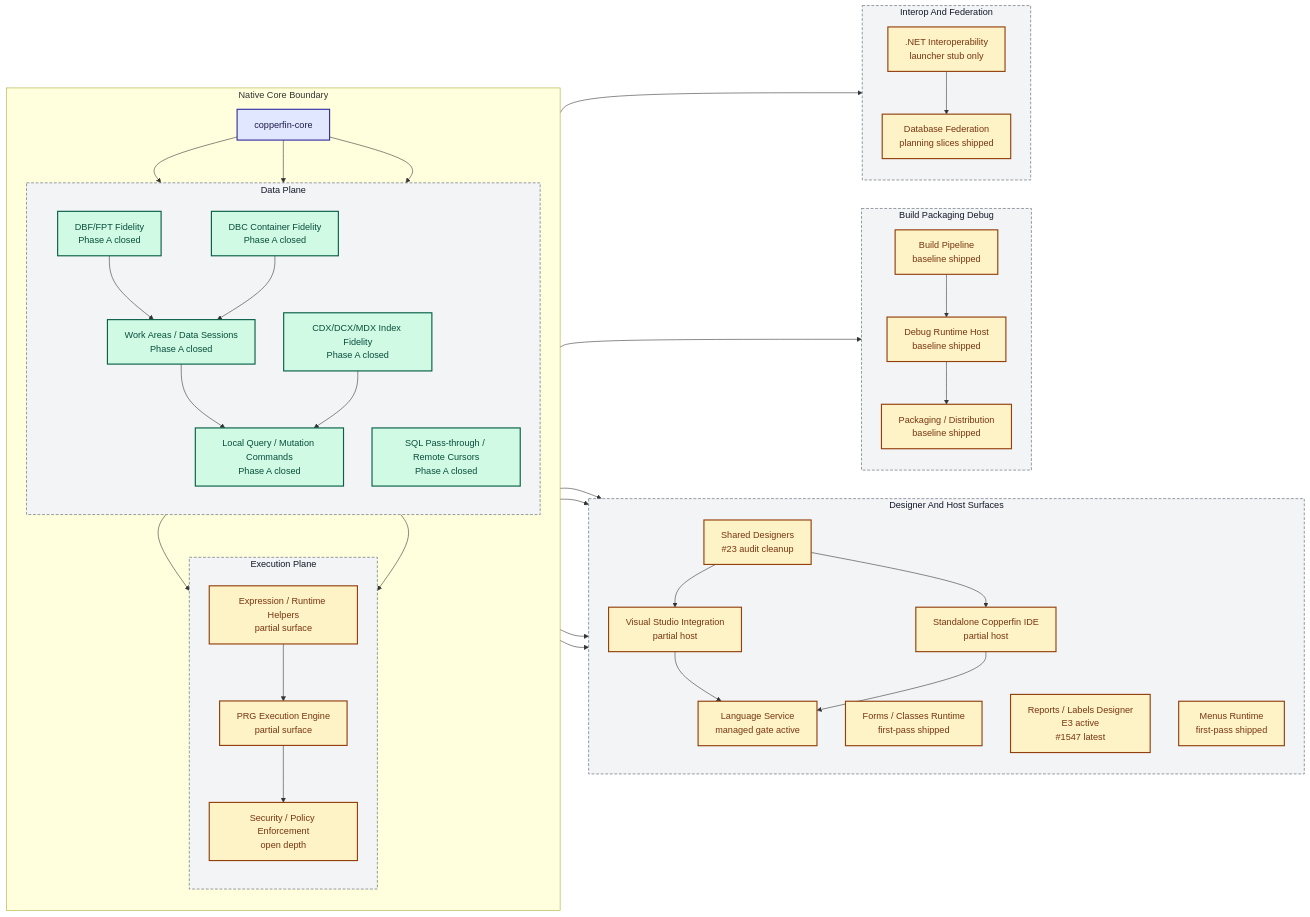
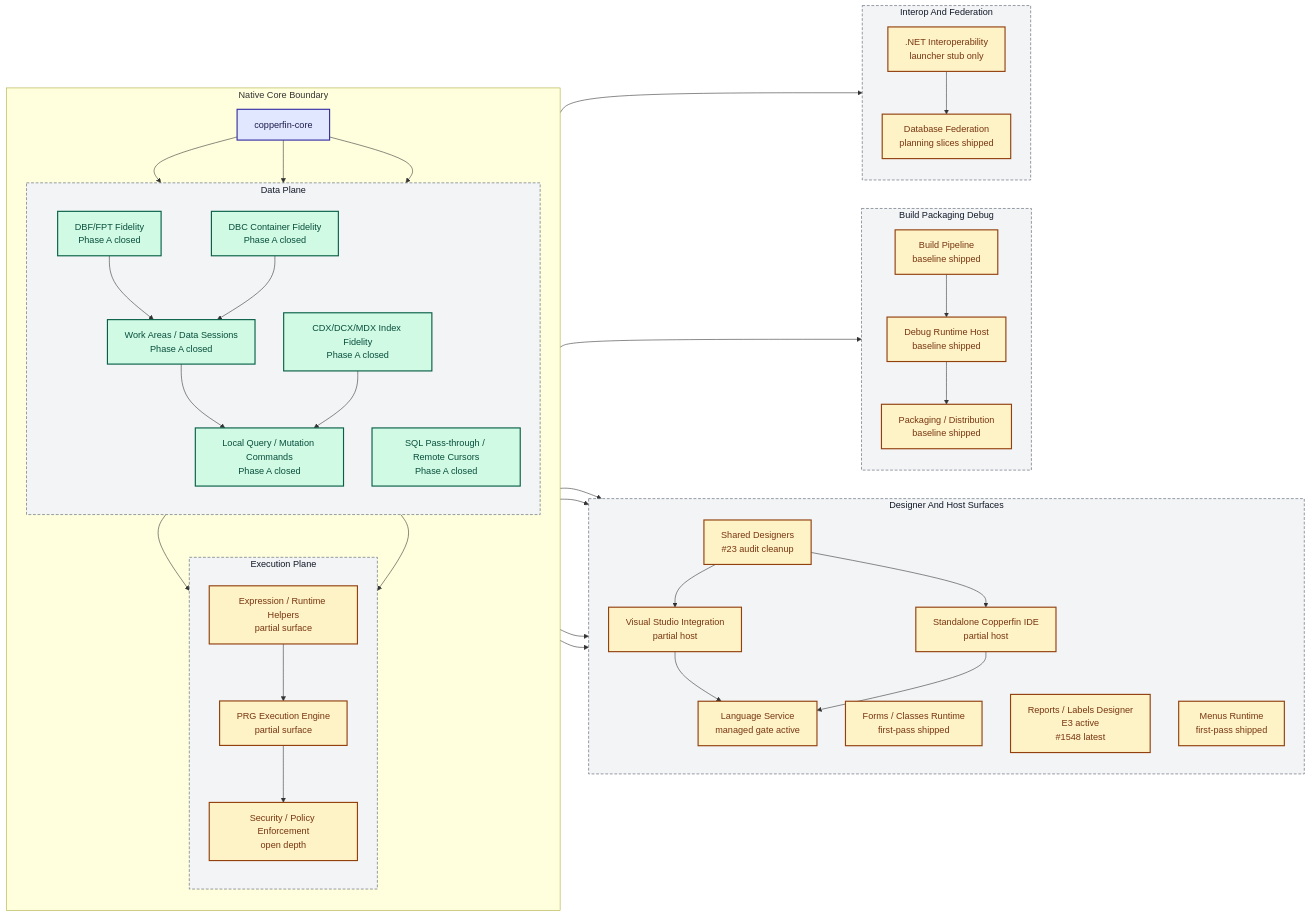
The diagram in docs/02-architecture.md (rhamenator/Project-Copperfin), drawn with Mermaid before and after one commit. The commit also changed 6 other files, not shown here.

```diff
--- a/docs/02-architecture.md
+++ b/docs/02-architecture.md
@@ -36,7 +36,7 @@
         direction TB
         DES["Shared Designers<br/>#23 audit cleanup"]
         FORMS["Forms / Classes Runtime<br/>first-pass shipped"]
-        RPT["Reports / Labels Designer<br/>E3 active<br/>#1547 latest"]
+        RPT["Reports / Labels Designer<br/>E3 active<br/>#1548 latest"]
         MENU["Menus Runtime<br/>first-pass shipped"]
         VS["Visual Studio Integration<br/>partial host"]
         IDE["Standalone Copperfin IDE<br/>partial host"]
```
